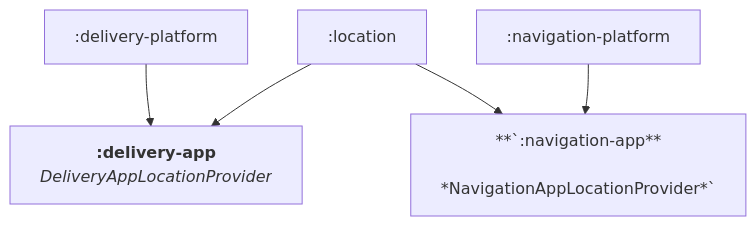
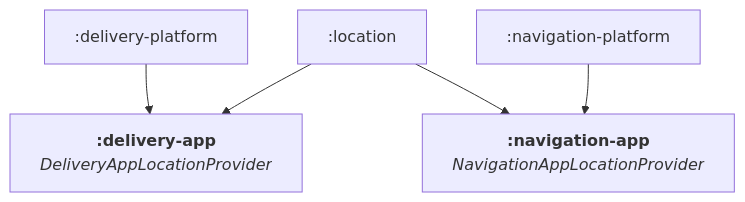
One commit to dayanruben/app-platform changed the second of 3 diagrams in docs/module-structure.md. Above: the diagram before and after it, drawn with Mermaid.

````diff
--- a/docs/module-structure.md
+++ b/docs/module-structure.md
@@ -172,16 +172,16 @@
 ```mermaid
 %%{init: {'themeCSS': '.label { font-family: monospace; }'}}%%
 graph TD
   delivery-platform["`:delivery-platform`"]
   location["`:location`"]
   navigation-platform["`:navigation-platform`"]
   delivery-app["`**:delivery-app**
   *DeliveryAppLocationProvider*`"]
-  navigation-app["**`:navigation-app**
+  navigation-app["`**:navigation-app**
   *NavigationAppLocationProvider*`"]
 
   delivery-platform --> delivery-app
   navigation-platform --> navigation-app
   location --> delivery-app
   location --> navigation-app
 ```
````
